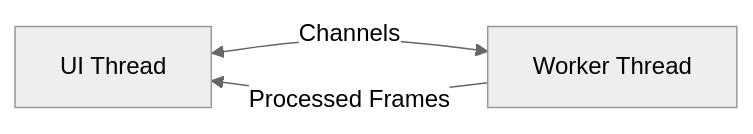
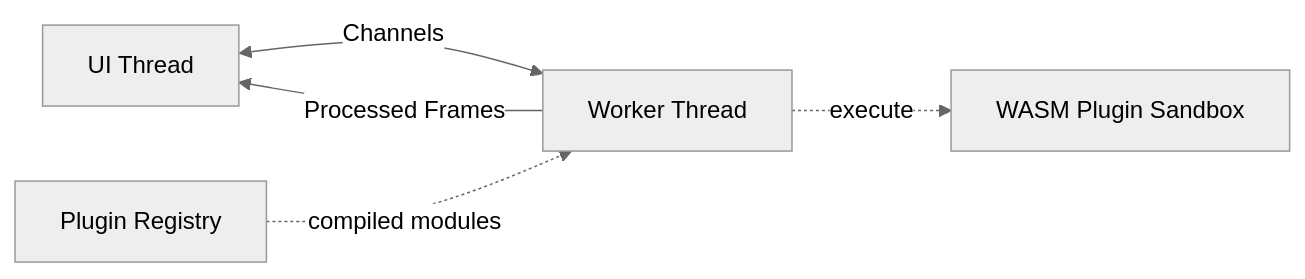
Before and after one commit to gioleppe/SpixelaTUIr: the diagram in README.md, drawn with Mermaid (neutral theme). The commit also changed other lines of this file and 3 other files, not shown here.

First line of the commit message:
docs: add WASM plugin system documentation

````diff
--- a/README.md
+++ b/README.md
@@ -153,5 +155,7 @@
 ```mermaid
 flowchart LR
   UI[UI Thread] <--> |Channels| Worker[Worker Thread]
   Worker --> |Processed Frames| UI
+  Worker -.-> |execute| WASM[WASM Plugin Sandbox]
+  Registry[Plugin Registry] -.-> |compiled modules| Worker
 ```
````
